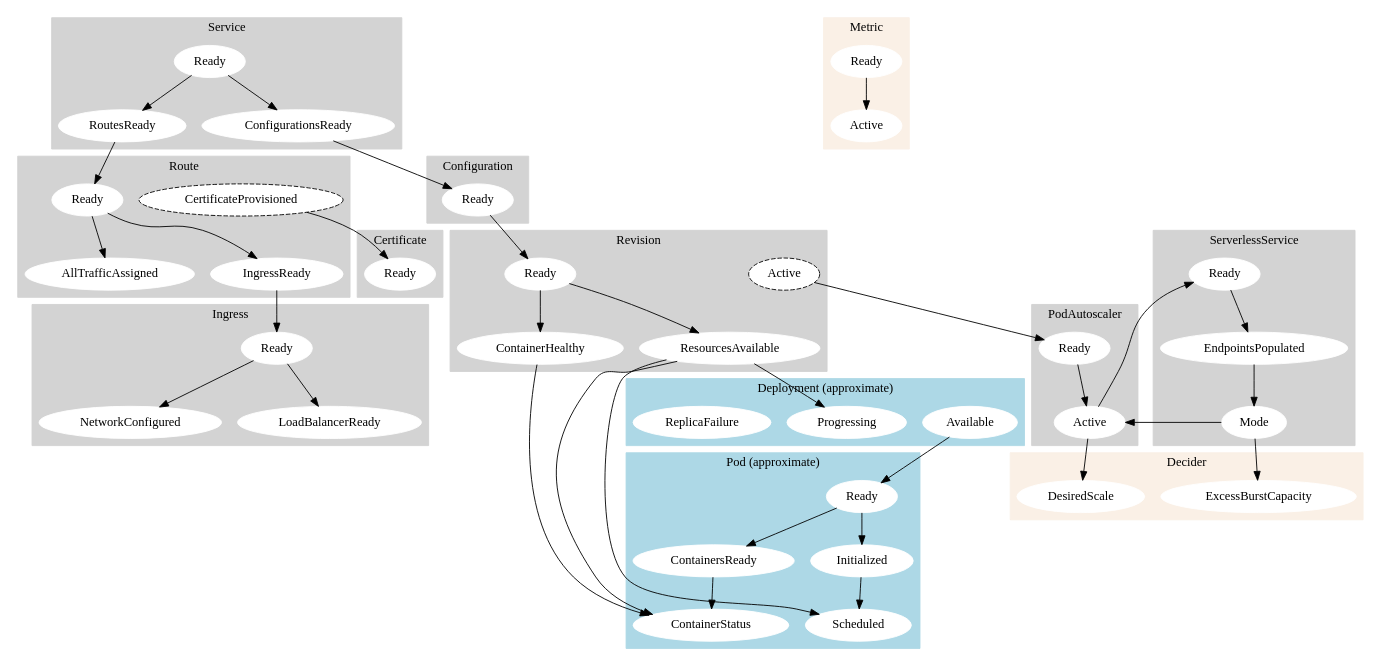
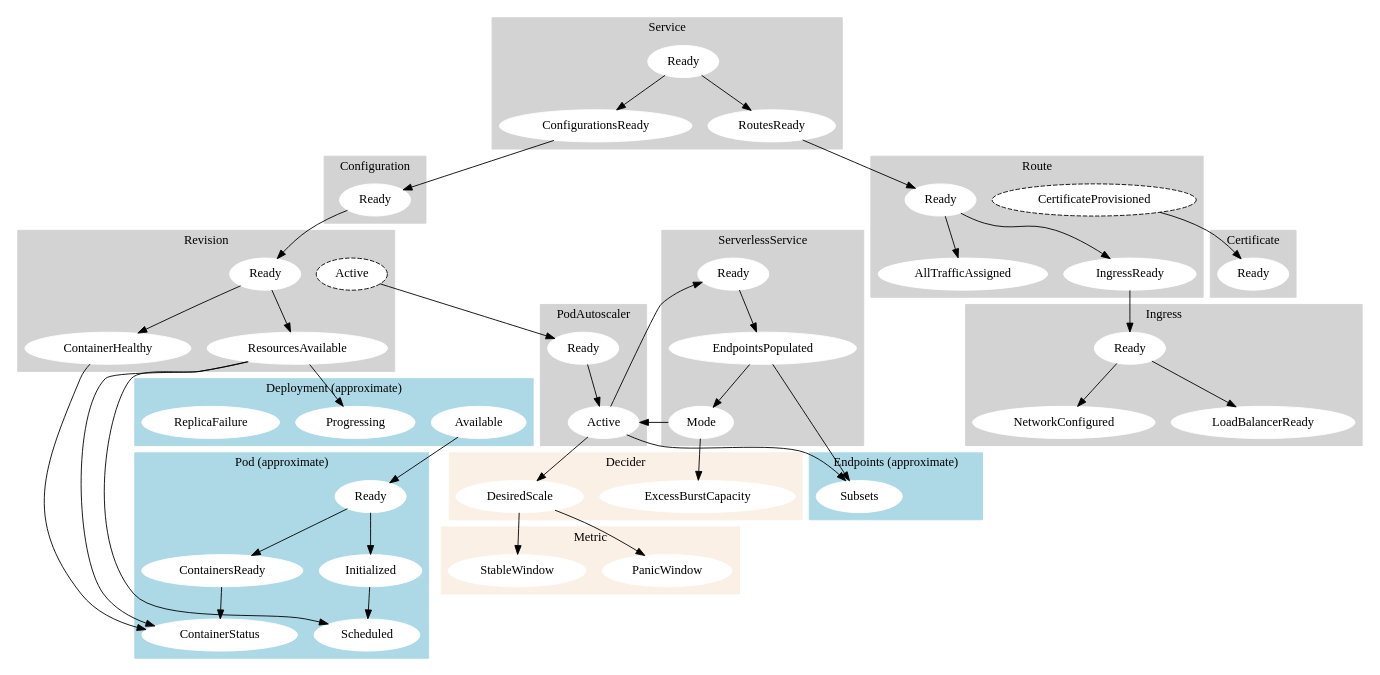
One commit to jonjohnsonjr/graphviz changed the diagram in src/lifecycle.dot. Above: the diagram before and after it, drawn with Graphviz. The commit also changed 3 other files, not shown here.

```diff
--- a/src/lifecycle.dot
+++ b/src/lifecycle.dot
@@ -1,164 +1,175 @@
 digraph lifecycle {
   graph [style=filled,color=lightgrey]
   node [style=filled,color=white];
 
   subgraph cluster_service {
     label = "Service";
     href="https://godoc.org/github.com/knative/serving/pkg/apis/serving/v1alpha1#ServiceStatus"
 
     ServiceConditionReady [label=Ready, href="https://godoc.org/github.com/knative/serving/pkg/apis/serving/v1alpha1#ServiceConditionReady"]
     ServiceConditionConfigurationsReady [label=ConfigurationsReady, href="https://godoc.org/github.com/knative/serving/pkg/apis/serving/v1alpha1#ServiceConditionConfigurationsReady"]
     ServiceConditionRoutesReady [label=RoutesReady, href="https://godoc.org/github.com/knative/serving/pkg/apis/serving/v1alpha1#ServiceConditionRoutesReady"]
 
     ServiceConditionReady -> ServiceConditionConfigurationsReady
     ServiceConditionReady -> ServiceConditionRoutesReady
   }
 
   subgraph cluster_route {
     label = "Route";
     href="https://godoc.org/github.com/knative/serving/pkg/apis/serving/v1alpha1#RouteStatus"
 
     RouteConditionReady [label=Ready, href="https://godoc.org/github.com/knative/serving/pkg/apis/serving/v1alpha1#RouteConditionReady"]
     RouteConditionAllTrafficAssigned [label=AllTrafficAssigned, href="https://godoc.org/github.com/knative/serving/pkg/apis/serving/v1alpha1#RouteConditionAllTrafficAssigned"]
     RouteConditionIngressReady [label=IngressReady, href="https://godoc.org/github.com/knative/serving/pkg/apis/serving/v1alpha1#RouteConditionIngressReady"]
     RouteConditionCertificateProvisioned [label=CertificateProvisioned,style="filled,dashed",fillcolor=white,color=black, href="https://godoc.org/github.com/knative/serving/pkg/apis/serving/v1alpha1#RouteConditionCertificateProvisioned"]
 
     RouteConditionReady -> RouteConditionAllTrafficAssigned
     RouteConditionReady -> RouteConditionIngressReady
   }
 
   subgraph cluster_configuration {
     label = "Configuration";
     href="https://godoc.org/github.com/knative/serving/pkg/apis/serving/v1alpha1#ConfigurationStatus"
 
     ConfigurationConditionReady [label=Ready, href="https://godoc.org/github.com/knative/serving/pkg/apis/serving/v1alpha1#ConfigurationConditionReady"]
   }
 
   subgraph cluster_revision {
     label = "Revision";
     href="https://godoc.org/github.com/knative/serving/pkg/apis/serving/v1alpha1#RevisionStatus"
 
     RevisionConditionReady [label=Ready, href="https://godoc.org/github.com/knative/serving/pkg/apis/serving/v1alpha1#RevisionConditionReady"]
     RevisionConditionResourcesAvailable [label=ResourcesAvailable, href="https://godoc.org/github.com/knative/serving/pkg/apis/serving/v1alpha1#RevisionConditionResourcesAvailable"]
     RevisionConditionContainerHealthy [label=ContainerHealthy, href="https://godoc.org/github.com/knative/serving/pkg/apis/serving/v1alpha1#RevisionConditionContainerHealthy"]
     RevisionConditionActive [label=Active,style="filled,dashed",fillcolor=white,color=black, href="https://godoc.org/github.com/knative/serving/pkg/apis/serving/v1alpha1#RevisionConditionActive"]
 
     RevisionConditionReady -> RevisionConditionResourcesAvailable
     RevisionConditionReady -> RevisionConditionContainerHealthy
   }
 
   subgraph cluster_ingress {
     label = "Ingress";
     href="https://godoc.org/github.com/knative/serving/pkg/apis/networking/v1alpha1#IngressStatus"
 
     IngressConditionReady [label=Ready, href="https://godoc.org/github.com/knative/serving/pkg/apis/networking/v1alpha1#IngressConditionReady"]
     IngressConditionNetworkConfigured [label=NetworkConfigured, href="https://godoc.org/github.com/knative/serving/pkg/apis/networking/v1alpha1#IngressConditionNetworkConfigured"]
     IngressConditionLoadBalancerReady [label=LoadBalancerReady, href="https://godoc.org/github.com/knative/serving/pkg/apis/networking/v1alpha1#IngressConditionLoadBalancerReady"]
 
     IngressConditionReady -> IngressConditionNetworkConfigured
     IngressConditionReady -> IngressConditionLoadBalancerReady
   }
 
   subgraph cluster_certificate {
     label = "Certificate";
     href="https://godoc.org/github.com/knative/serving/pkg/apis/networking/v1alpha1#CertificateStatus"
 
     CertificateConditionReady [label=Ready, href="https://godoc.org/github.com/knative/serving/pkg/apis/networking/v1alpha1#CertificateConditionReady"]
   }
 
   subgraph cluster_kpa {
     label = "PodAutoscaler";
     href="https://godoc.org/github.com/knative/serving/pkg/apis/autoscaling/v1alpha1#PodAutoscalerStatus"
 
     PodAutoscalerConditionReady [label=Ready, href="https://godoc.org/github.com/knative/serving/pkg/apis/autoscaling/v1alpha1#PodAutoscalerConditionReady"]
     PodAutoscalerConditionActive [label=Active, href="https://godoc.org/github.com/knative/serving/pkg/apis/autoscaling/v1alpha1#PodAutoscalerConditionActive"]
 
     PodAutoscalerConditionReady -> PodAutoscalerConditionActive
   }
 
   subgraph cluster_decider {
     label = "Decider";
     href="https://godoc.org/github.com/knative/serving/pkg/autoscaler#DeciderStatus"
     style = filled
     color = linen
 
     DeciderDesiredScale [label=DesiredScale, href="https://godoc.org/github.com/knative/serving/pkg/autoscaler#DeciderStatus.DesiredScale"]
     DeciderExcessBurstCapacity [label=ExcessBurstCapacity, href="https://godoc.org/github.com/knative/serving/pkg/autoscaler#DeciderStatus.ExcessBurstCapacity"]
   }
 
   subgraph cluster_metric {
     label = "Metric";
     href="https://godoc.org/github.com/knative/serving/pkg/apis/autoscaling/v1alpha1#MetricStatus"
     style = filled
     color = linen
 
-    MetricConditionReady [label=Ready, href="https://godoc.org/github.com/knative/serving/pkg/apis/autoscaling/v1alpha1#MetricConditionReady"]
-    MetricConditionActive [label=Active, href="https://godoc.org/github.com/knative/serving/pkg/apis/autoscaling/v1alpha1#MetricConditionActive"]
-
-    MetricConditionReady -> MetricConditionActive
+    MetricStableWindow [label=StableWindow, href="https://godoc.org/github.com/knative/serving/pkg/apis/autoscaling/v1alpha1#MetricStableWindow"]
+    MetricPanicWindow [label=PanicWindow, href="https://godoc.org/github.com/knative/serving/pkg/apis/autoscaling/v1alpha1#MetricPanicWindow"]
   }
 
   subgraph cluster_sks {
     label = "ServerlessService";
     href="https://godoc.org/github.com/knative/serving/pkg/apis/networking/v1alpha1#ServerlessServiceStatus"
 
     ServerlessServiceConditionReady [label=Ready, href="https://godoc.org/github.com/knative/serving/pkg/apis/networking/v1alpha1#ServerlessServiceConditionReady"]
     ServerlessServiceConditionEndspointsPopulated [label=EndpointsPopulated, href="https://godoc.org/github.com/knative/serving/pkg/apis/networking/v1alpha1#ServerlessServiceConditionEndspointsPopulated"]
     ServerlessServiceMode [label=Mode, href="https://godoc.org/github.com/knative/serving/pkg/apis/networking/v1alpha1#ServerlessServiceSpec.Mode"]
 
     ServerlessServiceConditionReady -> ServerlessServiceConditionEndspointsPopulated
     ServerlessServiceConditionEndspointsPopulated -> ServerlessServiceMode
   }
 
   subgraph cluster_pods {
     label = "Pod (approximate)";
     href = "https://godoc.org/k8s.io/api/core/v1#PodStatus"
     style = filled
     color = lightblue
     PodReady [label=Ready, href="https://godoc.org/k8s.io/api/core/v1#PodReady"]
     PodScheduled [label=Scheduled, href="https://godoc.org/k8s.io/api/core/v1#PodScheduled"]
     PodInitialized [label=Initialized, href="https://godoc.org/k8s.io/api/core/v1#PodInitialized"]
     ContainersReady [label=ContainersReady, href="https://godoc.org/k8s.io/api/core/v1#ContainersReady"]
     ContainerStatus [label=ContainerStatus, href="https://godoc.org/k8s.io/api/core/v1#ContainerStatus"]
 
     PodReady -> ContainersReady
     PodReady -> PodInitialized
     PodInitialized -> PodScheduled
 
     ContainersReady -> ContainerStatus
   }
 
   subgraph cluster_deployment {
     label = "Deployment (approximate)";
     href = "https://godoc.org/k8s.io/api/apps/v1#DeploymentStatus"
     style = filled
     color = lightblue
 
     DeploymentAvailable [label=Available, href="https://godoc.org/k8s.io/api/apps/v1#DeploymentAvailable"]
     DeploymentProgressing [label=Progressing, href="https://godoc.org/k8s.io/api/apps/v1#DeploymentProgressing"]
     DeploymentReplicaFailure [label=ReplicaFailure, href="https://godoc.org/k8s.io/api/apps/v1#DeploymentReplicaFailure"]
   }
 
+  subgraph cluster_endpoints {
+    label = "Endpoints (approximate)";
+    href = "https://godoc.org/k8s.io/api/apps/v1#Endpoints"
+    style = filled
+    color = lightblue
+
+    EndpointsSubsets [label=Subsets, href="https://godoc.org/k8s.io/api/apps/v1#Endpoints.Subsets"]
+  }
+
   ServiceConditionConfigurationsReady -> ConfigurationConditionReady
   ServiceConditionRoutesReady -> RouteConditionReady
 
   RouteConditionCertificateProvisioned -> CertificateConditionReady
   RouteConditionIngressReady -> IngressConditionReady
 
   ConfigurationConditionReady -> RevisionConditionReady
 
   RevisionConditionActive -> PodAutoscalerConditionReady
-
-  PodAutoscalerConditionActive -> ServerlessServiceConditionReady
-  PodAutoscalerConditionActive -> DeciderDesiredScale
-
   RevisionConditionContainerHealthy -> ContainerStatus
   RevisionConditionResourcesAvailable -> ContainerStatus
   RevisionConditionResourcesAvailable -> PodScheduled
   RevisionConditionResourcesAvailable -> DeploymentProgressing
 
+  PodAutoscalerConditionActive -> ServerlessServiceConditionReady
+  PodAutoscalerConditionActive -> DeciderDesiredScale
+  PodAutoscalerConditionActive -> EndpointsSubsets
+
+  DeciderDesiredScale -> MetricStableWindow
+  DeciderDesiredScale -> MetricPanicWindow
+
+  ServerlessServiceConditionEndspointsPopulated -> EndpointsSubsets
   ServerlessServiceMode -> PodAutoscalerConditionActive
   ServerlessServiceMode -> DeciderExcessBurstCapacity
 
   DeploymentAvailable -> PodReady
 }
```
